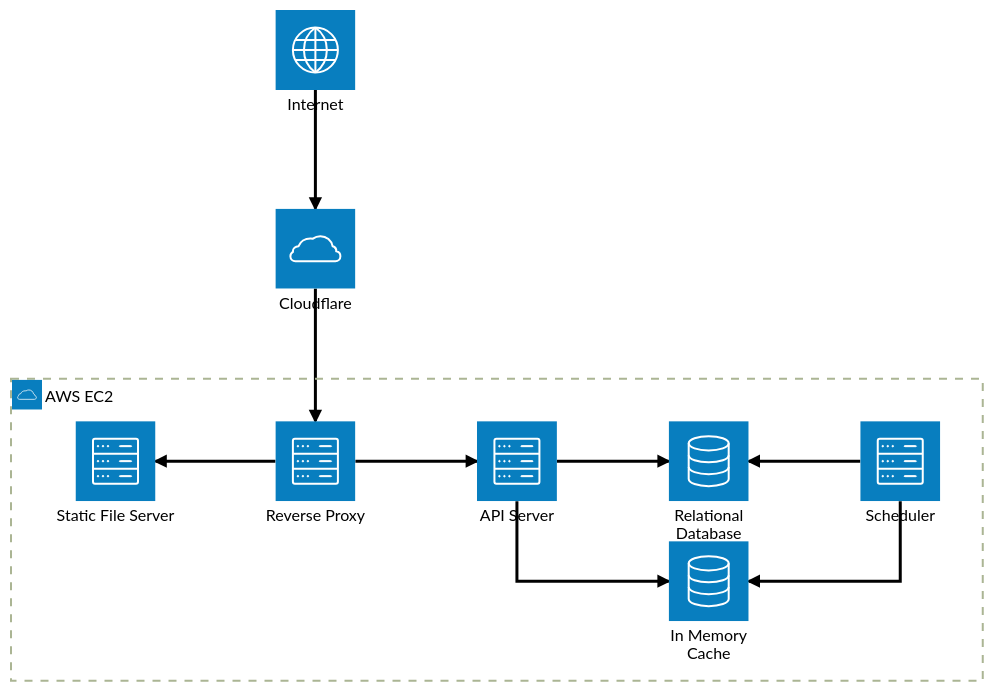
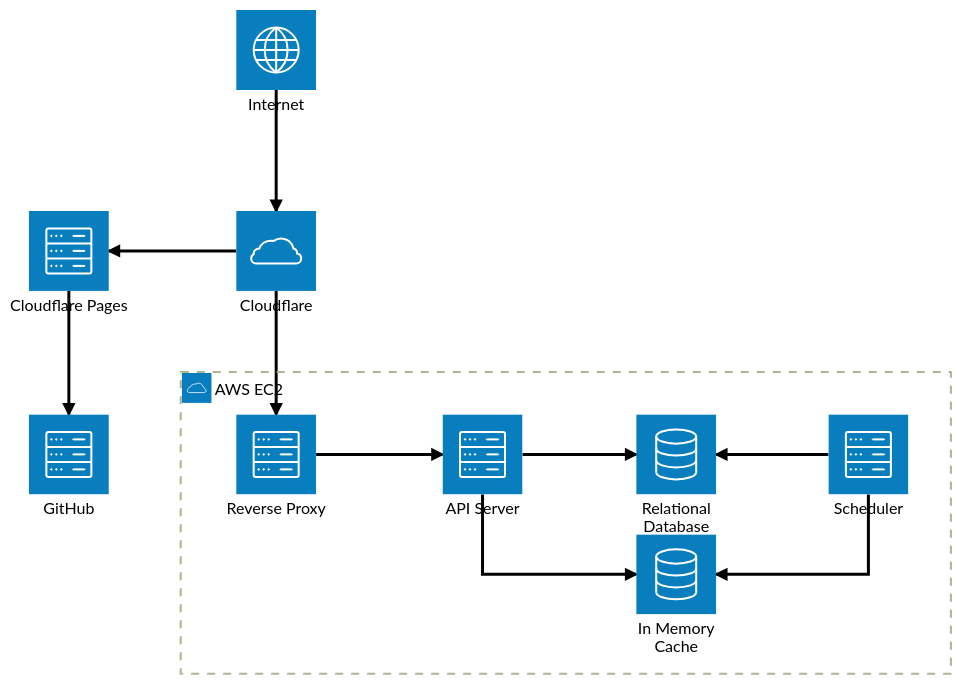
One commit to bingyangchen/taigu changed the second of 3 diagrams in README.md. Above: the diagram before and after it, drawn with Mermaid (forest theme). The commit also changed 7 other files, not shown here.

````diff
--- a/README.md
+++ b/README.md
@@ -37,21 +37,23 @@
 ```mermaid
 architecture-beta
     group ec2(cloud)[AWS EC2]
     service db(database)[Relational Database] in ec2
     service in_mem_cache(database)[In Memory Cache] in ec2
     service api_server(server)[API Server] in ec2
-    service frontend(server)[Static File Server] in ec2
     service reverse_proxy(server)[Reverse Proxy] in ec2
     service scheduler(server)[Scheduler] in ec2
     service internet(internet)[Internet]
     service cloudflare(cloud)[Cloudflare]
+    service cloudflare_pages(server)[Cloudflare Pages]
+    service github(server)[GitHub]
 
     internet:B --> T:cloudflare
+    cloudflare:L --> R:cloudflare_pages
+    cloudflare_pages:B --> T:github
     cloudflare:B --> T:reverse_proxy
     reverse_proxy:R --> L:api_server
-    reverse_proxy:L --> R:frontend
     api_server:R --> L:db
     api_server:B --> L:in_mem_cache
     scheduler:L --> R:db
     scheduler:B --> R:in_mem_cache
 ```
````
